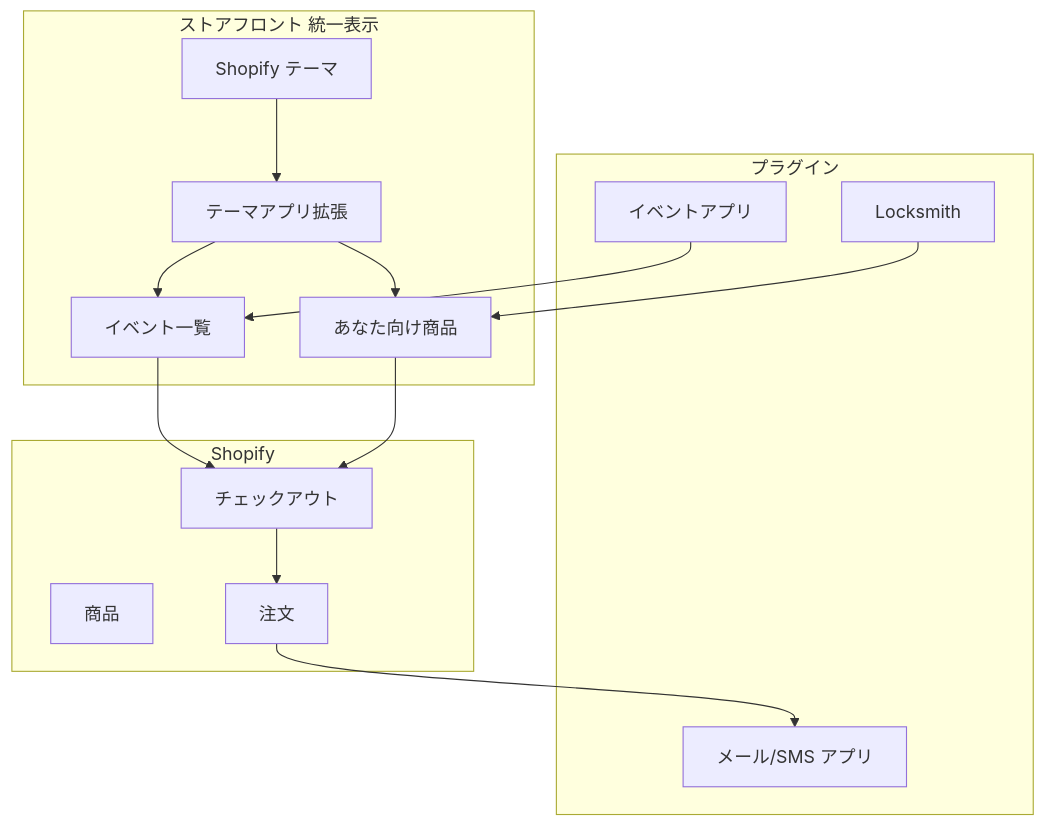
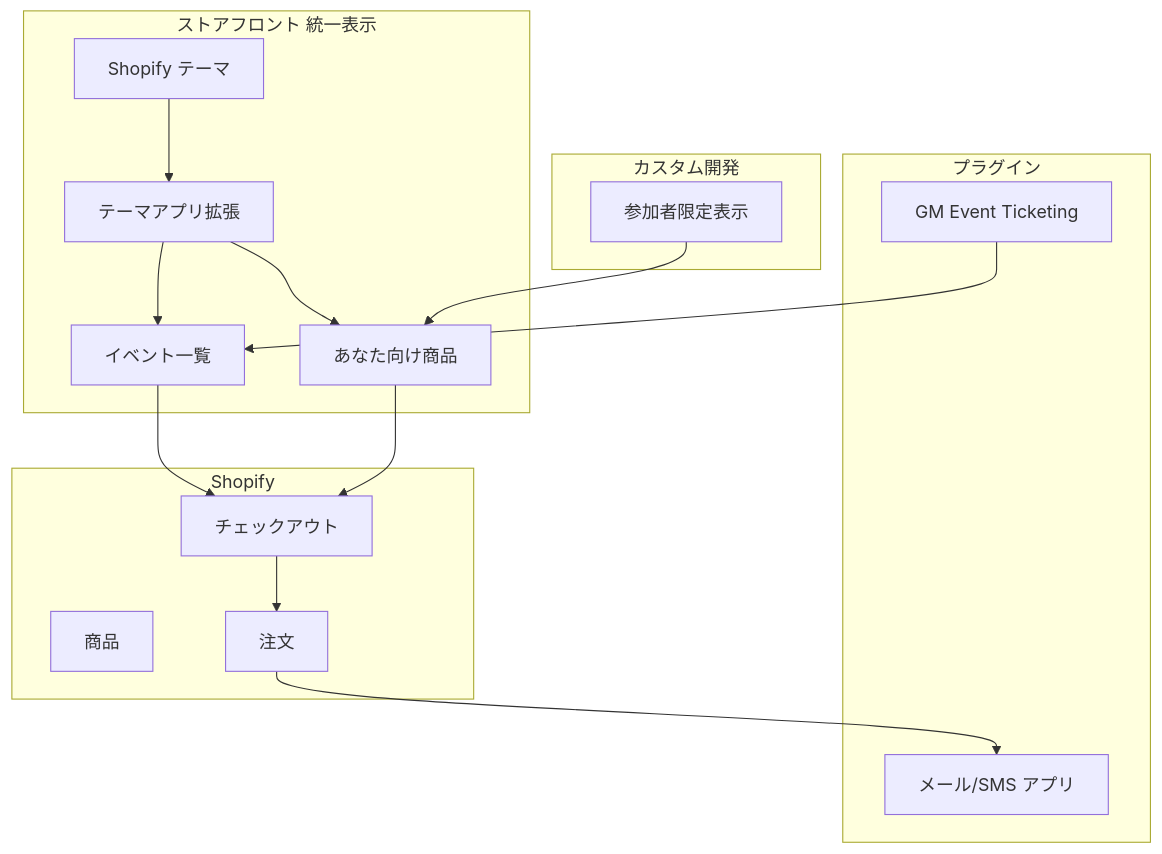
One commit to mhwtech/experience-ec changed the diagram in 02-tech-details.md. Above: the diagram before and after it, drawn with Mermaid. The commit also changed other lines of this file and 10 other files, not shown here.

````diff
--- a/02-tech-details.md
+++ b/02-tech-details.md
@@ -22,28 +22,30 @@
 ```mermaid
 flowchart TB
   subgraph storefront [ストアフロント 統一表示]
     Theme[Shopify テーマ]
     Ext[テーマアプリ拡張]
     EventList[イベント一覧]
     ForYou[あなた向け商品]
   end
   subgraph plugins [プラグイン]
-    EventApp[イベントアプリ]
-    Locksmith[Locksmith]
+    GMEvent[GM Event Ticketing]
     NotifyApp[メール/SMS アプリ]
+  end
+  subgraph custom [カスタム開発]
+    Visibility[参加者限定表示]
   end
   subgraph shopify [Shopify]
     Products[商品]
     Checkout[チェックアウト]
     Orders[注文]
   end
   Theme --> Ext
   Ext --> EventList
   Ext --> ForYou
-  EventApp --> EventList
-  Locksmith --> ForYou
+  GMEvent --> EventList
+  Visibility --> ForYou
   EventList --> Checkout
   ForYou --> Checkout
   Checkout --> Orders
   Orders --> NotifyApp
 ```
````
